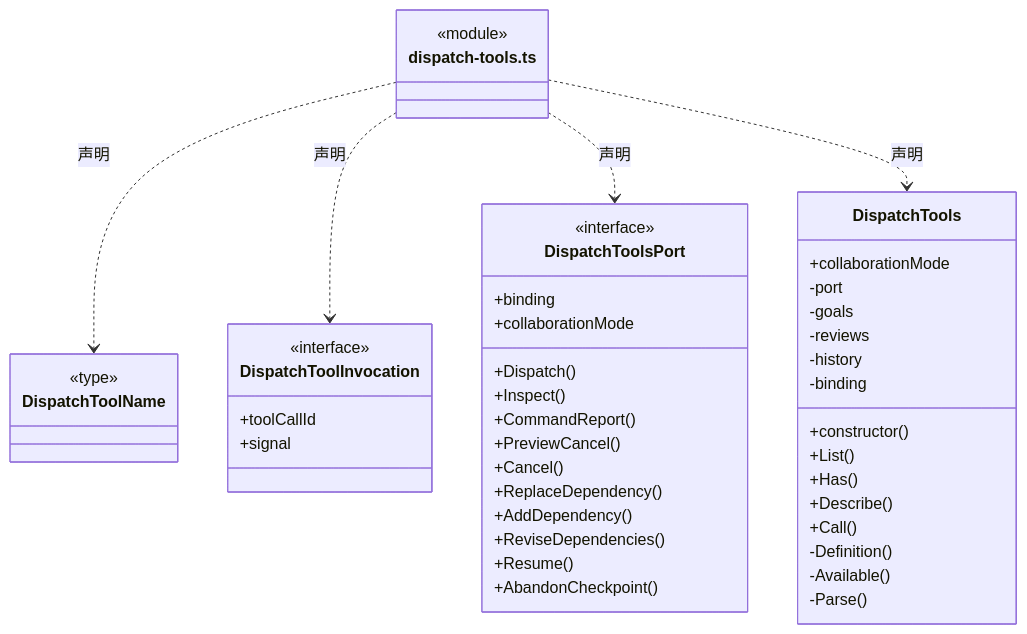
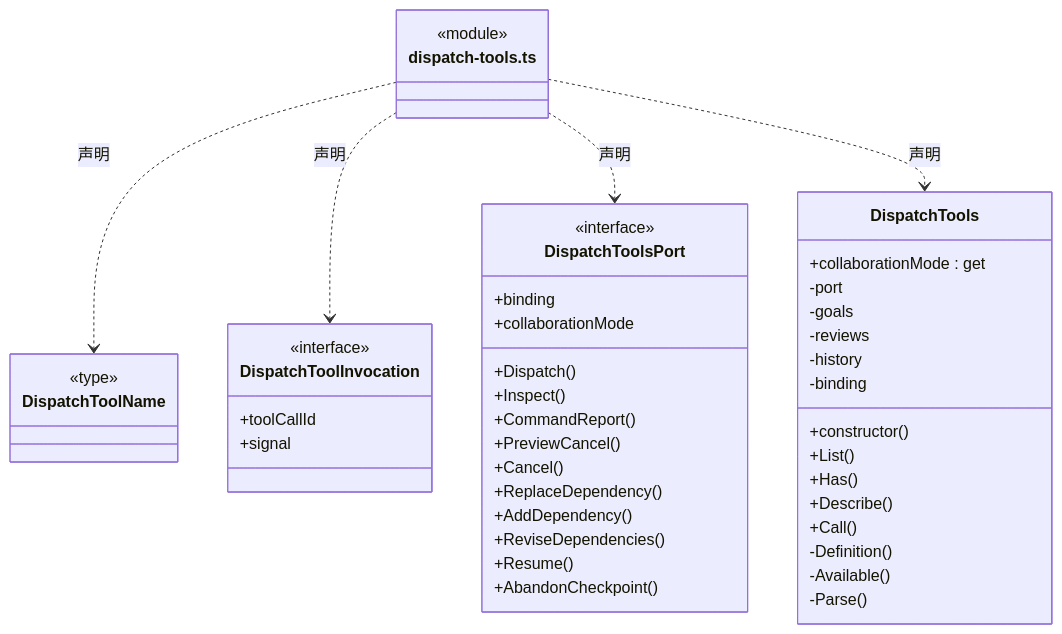
Before and after one commit to nan023062/cbim: the seventh of 24 diagrams in src/logic/tools/runtime/ARCHITECTURE.md, drawn with Mermaid. The commit also changed other lines of this file and 137 other files, not shown here.

Commit message:
fix: align architecture generator with documentation standards

````diff
--- a/src/logic/tools/runtime/ARCHITECTURE.md
+++ b/src/logic/tools/runtime/ARCHITECTURE.md
@@ -463,50 +473,50 @@
 ```mermaid
 classDiagram
 class N_src_logic_tools_runtime_dispatch_tools_ts["dispatch-tools.ts"] {
   <<module>>
 }
 class N_src_logic_tools_runtime_dispatch_tools_ts_DispatchToolName["DispatchToolName"] {
   <<type>>
 
 }
 N_src_logic_tools_runtime_dispatch_tools_ts ..> N_src_logic_tools_runtime_dispatch_tools_ts_DispatchToolName : 声明
 class N_src_logic_tools_runtime_dispatch_tools_ts_DispatchToolInvocation["DispatchToolInvocation"] {
   <<interface>>
   +toolCallId
   +signal
 }
 N_src_logic_tools_runtime_dispatch_tools_ts ..> N_src_logic_tools_runtime_dispatch_tools_ts_DispatchToolInvocation : 声明
 class N_src_logic_tools_runtime_dispatch_tools_ts_DispatchToolsPort["DispatchToolsPort"] {
   <<interface>>
   +binding
   +collaborationMode
   +Dispatch()
   +Inspect()
   +CommandReport()
   +PreviewCancel()
   +Cancel()
   +ReplaceDependency()
   +AddDependency()
   +ReviseDependencies()
   +Resume()
   +AbandonCheckpoint()
 }
 N_src_logic_tools_runtime_dispatch_tools_ts ..> N_src_logic_tools_runtime_dispatch_tools_ts_DispatchToolsPort : 声明
 class N_src_logic_tools_runtime_dispatch_tools_ts_DispatchTools["DispatchTools"] {
   +constructor()
-  +collaborationMode
+  +collaborationMode : get
   +List()
   +Has()
   +Describe()
   +Call()
   -port
   -goals
   -reviews
   -history
   -binding
   -Definition()
   -Available()
   -Parse()
 }
 N_src_logic_tools_runtime_dispatch_tools_ts ..> N_src_logic_tools_runtime_dispatch_tools_ts_DispatchTools : 声明
 ```
````
